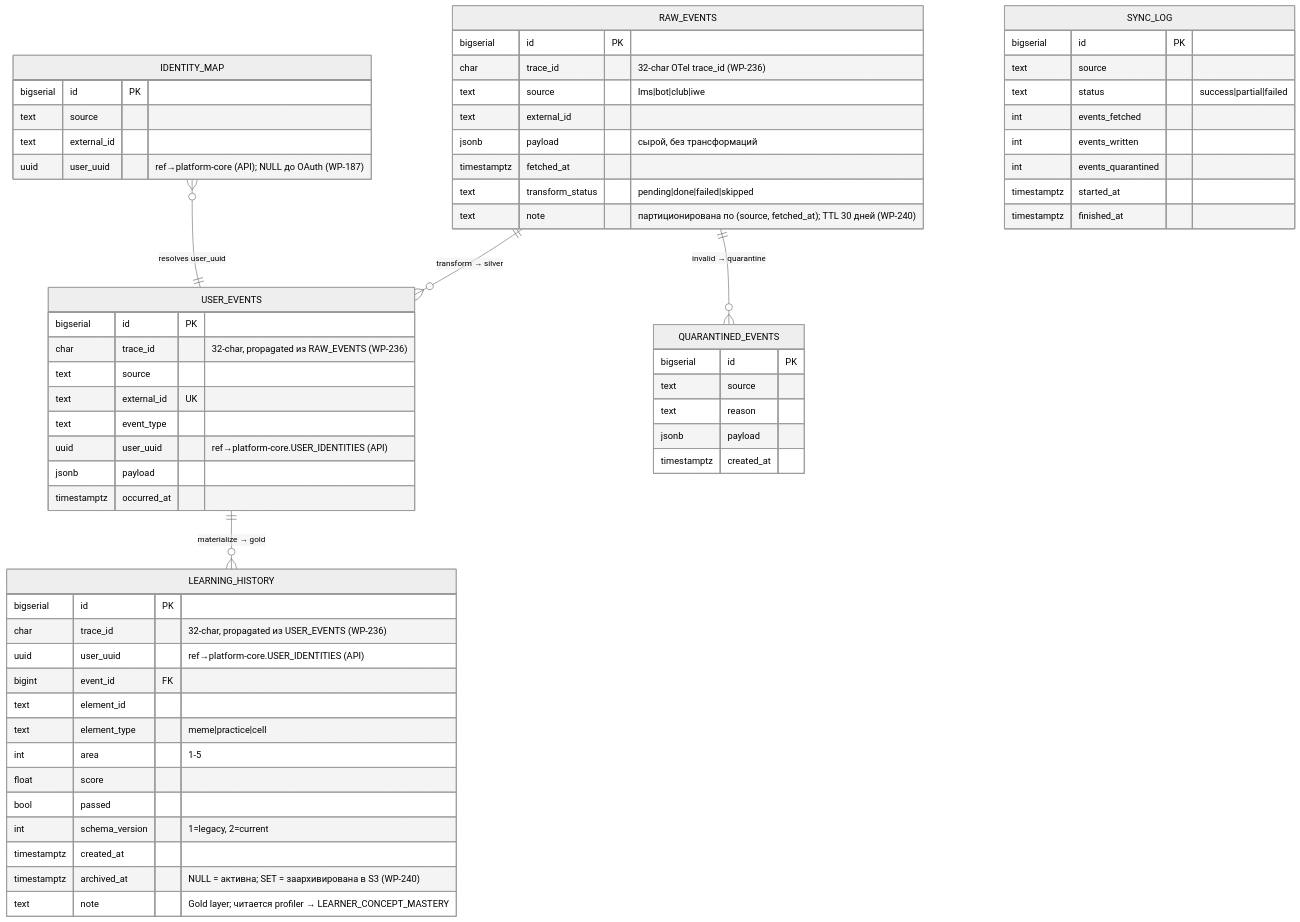
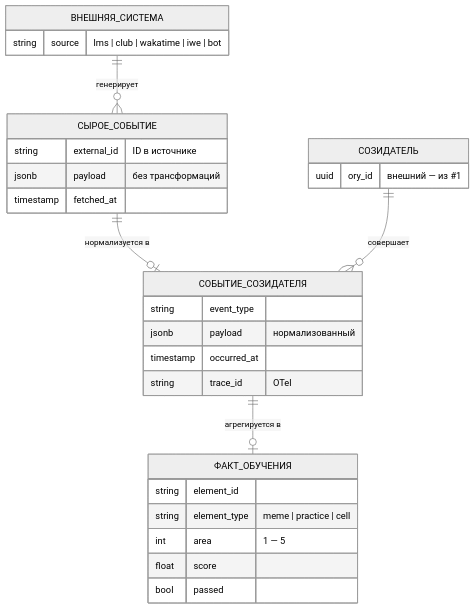
One commit to TserenTserenov/PACK-digital-platform changed the ninth of 14 diagrams in pack/digital-platform/02-domain-entities/DP.ARCH.004-neon-data-architecture.md. Above: the diagram before and after it, drawn with Mermaid (neutral theme). The commit also changed other lines of this file, not shown here.

First line of the commit message:
docs(arch.004): §5 ER-диаграммы 9 БД — концептуальные (WP-228 Ф9)

````diff
--- a/pack/digital-platform/02-domain-entities/DP.ARCH.004-neon-data-architecture.md
+++ b/pack/digital-platform/02-domain-entities/DP.ARCH.004-neon-data-architecture.md
@@ -1043,71 +958,32 @@
 ```mermaid
 erDiagram
-    RAW_EVENTS {
-        bigserial   id              PK
-        char        trace_id        "32-char OTel trace_id (WP-236)"
-        text        source          "lms|bot|club|iwe"
-        text        external_id
-        jsonb       payload         "сырой, без трансформаций"
-        timestamptz fetched_at
-        text        transform_status "pending|done|failed|skipped"
-        text        note            "партиционирована по (source, fetched_at); TTL 30 дней (WP-240)"
+    ВНЕШНЯЯ_СИСТЕМА ||--o{ СЫРОЕ_СОБЫТИЕ : "генерирует"
+    СЫРОЕ_СОБЫТИЕ ||--o| СОБЫТИЕ_СОЗИДАТЕЛЯ : "нормализуется в"
+    СОЗИДАТЕЛЬ ||--o{ СОБЫТИЕ_СОЗИДАТЕЛЯ : "совершает"
+    СОБЫТИЕ_СОЗИДАТЕЛЯ ||--o| ФАКТ_ОБУЧЕНИЯ : "агрегируется в"
+
+    ВНЕШНЯЯ_СИСТЕМА {
+        string source "lms | club | wakatime | iwe | bot"
     }
-
-    USER_EVENTS {
-        bigserial   id              PK
-        char        trace_id        "32-char, propagated из RAW_EVENTS (WP-236)"
-        text        source
-        text        external_id     UK
-        text        event_type
-        uuid        user_uuid       "ref→platform-core.USER_IDENTITIES (API)"
-        jsonb       payload
-        timestamptz occurred_at
+    СЫРОЕ_СОБЫТИЕ {
+        string external_id "ID в источнике"
+        jsonb payload "без трансформаций"
+        timestamp fetched_at
     }
-
-    LEARNING_HISTORY {
-        bigserial   id              PK
-        char        trace_id        "32-char, propagated из USER_EVENTS (WP-236)"
-        uuid        user_uuid       "ref→platform-core.USER_IDENTITIES (API)"
-        bigint      event_id        FK
-        text        element_id
-        text        element_type    "meme|practice|cell"
-        int         area            "1-5"
-        float       score
-        bool        passed
-        int         schema_version  "1=legacy, 2=current"
-        timestamptz created_at
-        timestamptz archived_at     "NULL = активна; SET = заархивирована в S3 (WP-240)"
-        text        note            "Gold layer; читается profiler → LEARNER_CONCEPT_MASTERY"
+    СОБЫТИЕ_СОЗИДАТЕЛЯ {
+        string event_type
+        jsonb payload "нормализованный"
+        timestamp occurred_at
+        string trace_id "OTel"
     }
-
-    IDENTITY_MAP {
-        bigserial   id              PK
-        text        source
-        text        external_id
-        uuid        user_uuid       "ref→platform-core (API); NULL до OAuth (WP-187)"
+    ФАКТ_ОБУЧЕНИЯ {
+        string element_id
+        string element_type "meme | practice | cell"
+        int area "1 — 5"
+        float score
+        bool passed
     }
-
-    QUARANTINED_EVENTS {
-        bigserial   id              PK
-        text        source
-        text        reason
-        jsonb       payload
-        timestamptz created_at
+    СОЗИДАТЕЛЬ {
+        uuid ory_id "внешний — из #1"
     }
-
-    SYNC_LOG {
-        bigserial   id              PK
-        text        source
-        text        status          "success|partial|failed"
-        int         events_fetched
-        int         events_written
-        int         events_quarantined
-        timestamptz started_at
-        timestamptz finished_at
-    }
-
-    RAW_EVENTS ||--o{ USER_EVENTS : "transform → silver"
-    USER_EVENTS ||--o{ LEARNING_HISTORY : "materialize → gold"
-    RAW_EVENTS ||--o{ QUARANTINED_EVENTS : "invalid → quarantine"
-    IDENTITY_MAP }o--|| USER_EVENTS : "resolves user_uuid"
 ```
````
